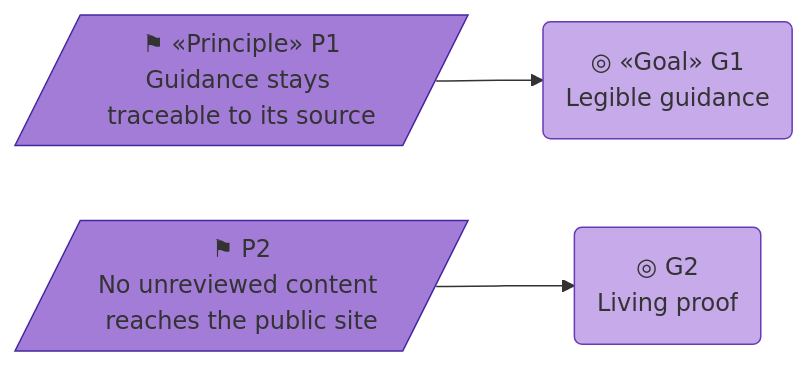
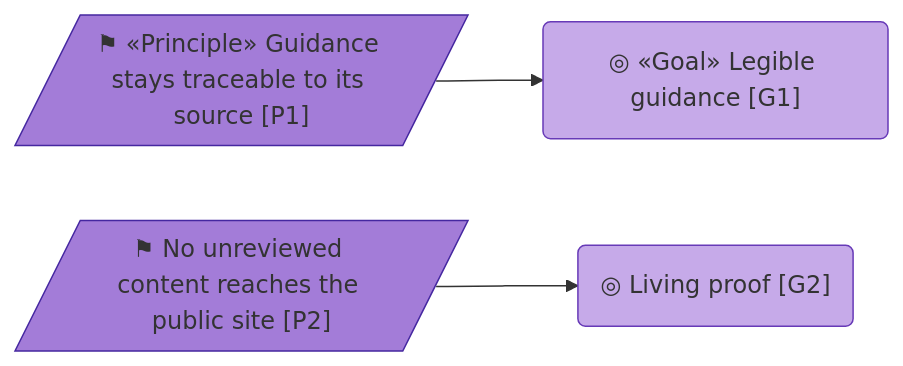
The fourth of 4 diagrams in product-archreator/site/architecture/1_strategy/1_motivation.md (roanboc/architecture-archreator), drawn with Mermaid before and after one commit. The commit also changed other lines of this file and 38 other files, not shown here.

````diff
--- a/product-archreator/site/architecture/1_strategy/1_motivation.md
+++ b/product-archreator/site/architecture/1_strategy/1_motivation.md
@@ -129,14 +129,14 @@
 ```mermaid
 flowchart LR
-  p1[/"⚑ «Principle» P1<br>Guidance stays traceable to its source"/]:::principle
-  p2[/"⚑ P2<br>No unreviewed content reaches the public site"/]:::principle
+  p1[/"⚑ «Principle» Guidance stays traceable to its source [P1]"/]:::principle
+  p2[/"⚑ No unreviewed content reaches the public site [P2]"/]:::principle
 
-  g1("◎ «Goal» G1<br>Legible guidance"):::goal
-  g2("◎ G2<br>Living proof"):::goal
+  g1("◎ «Goal» Legible guidance [G1]"):::goal
+  g2("◎ Living proof [G2]"):::goal
 
   p1 --> g1
   p2 --> g2
 
   classDef principle fill:#a37cd8,stroke:#4527a0,color:#333
   classDef goal fill:#c6aae9,stroke:#673ab7,color:#333
 ```
````
